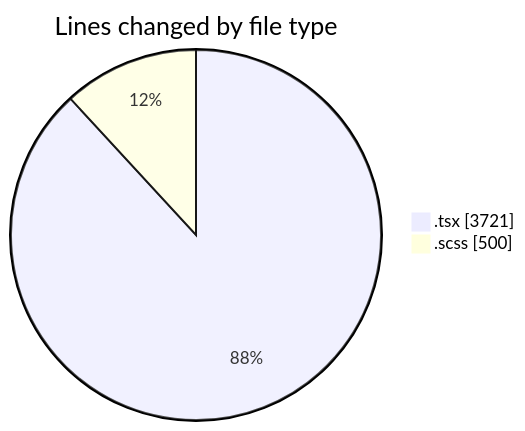
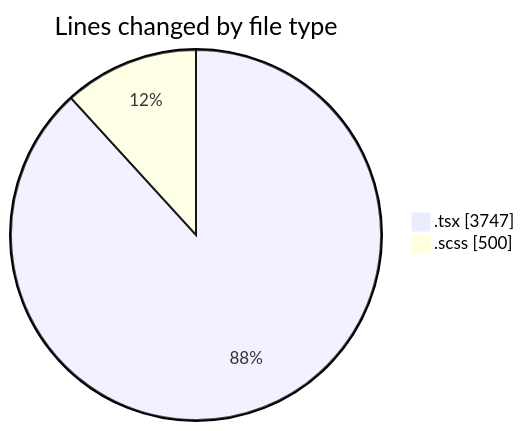
Before and after one commit to momahboobian/code-tracking: the first of 2 diagrams in 2025-04-10/cda/README.md, drawn with Mermaid. The commit also changed other lines of this file and 1 other file, not shown here.

````diff
--- a/2025-04-10/cda/README.md
+++ b/2025-04-10/cda/README.md
@@ -26,6 +26,6 @@
 ```mermaid
 pie showData
 title Lines changed by file type
-".tsx" : 3721
+".tsx" : 3747
 ".scss" : 500
 ```
````
